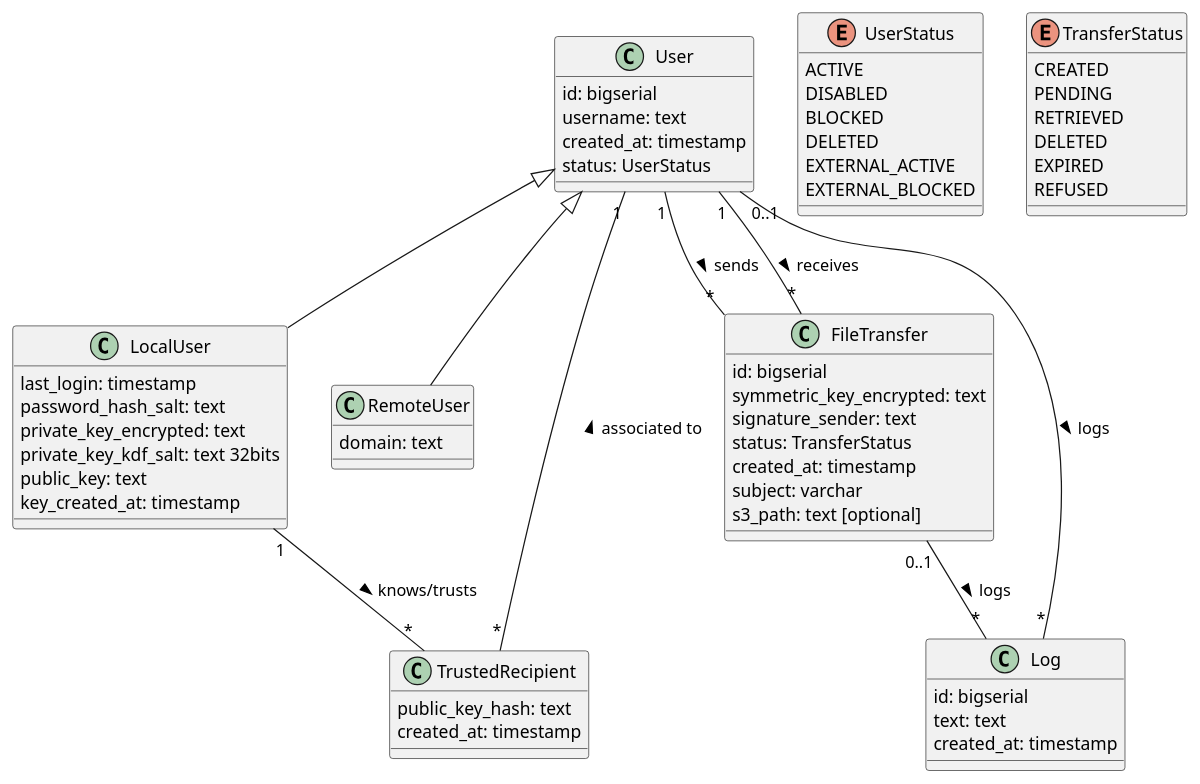
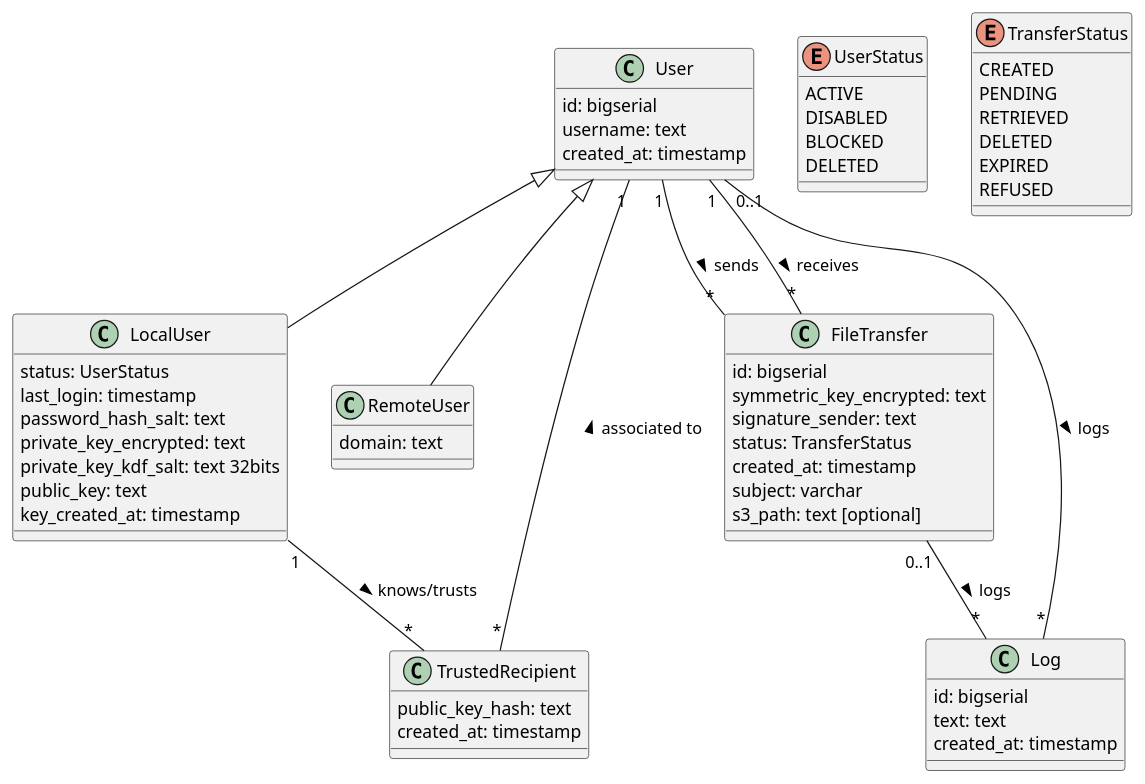
One commit to BananaTransfer/BananaTransfer changed the diagram in documents/umls/database_schema.puml. Above: the diagram before and after it, drawn with PlantUML.

Commit message:
move userstatus from user to localuser, remove external user status

```diff
--- a/documents/umls/database_schema.puml
+++ b/documents/umls/database_schema.puml
@@ -1,74 +1,72 @@
 @startuml
 
 enum UserStatus {
     ACTIVE
     DISABLED
     BLOCKED
     DELETED
-    EXTERNAL_ACTIVE
-    EXTERNAL_BLOCKED
 }
 
 enum TransferStatus {
     CREATED
     PENDING
     RETRIEVED
     DELETED
     EXPIRED
     REFUSED
 }
 
 class User {
     id: bigserial
     username: text
     created_at: timestamp
-    status: UserStatus
 }
 
 class LocalUser {
+    status: UserStatus
     last_login: timestamp
     password_hash_salt: text
     private_key_encrypted: text
     private_key_kdf_salt: text 32bits
     public_key: text
     key_created_at: timestamp
 }
 
 class RemoteUser {
     domain: text
 }
 
 class FileTransfer {
     id: bigserial
     symmetric_key_encrypted: text
     signature_sender: text
     status: TransferStatus
     created_at: timestamp
     subject: varchar
     s3_path: text [optional]
 }
 
 class TrustedRecipient {
     public_key_hash: text
     created_at: timestamp
 }
 
 class Log {
     id: bigserial
     text: text
     created_at: timestamp
 }
 
 LocalUser -up-|> User
 RemoteUser -up-|> User
 
 User "1" -- "*" FileTransfer: sends >
 User "1" -- "*" FileTransfer: receives >
 
 LocalUser "1" -- "*" TrustedRecipient: knows/trusts >
 TrustedRecipient "*" -- "1" User: associated to >
 
 User "0..1" -- "*" Log: logs >
 FileTransfer "0..1" -- "*" Log: logs >
 
 @enduml
```
